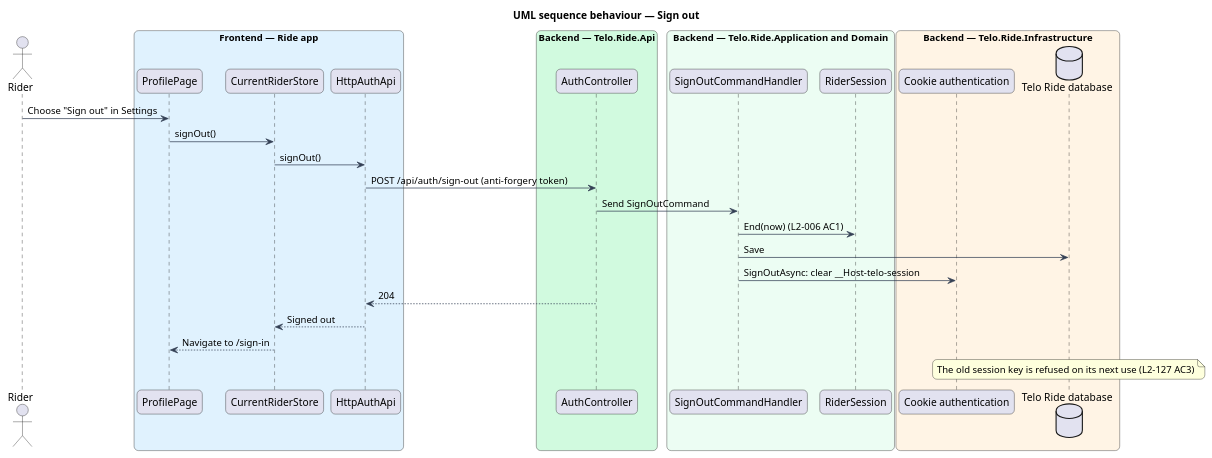
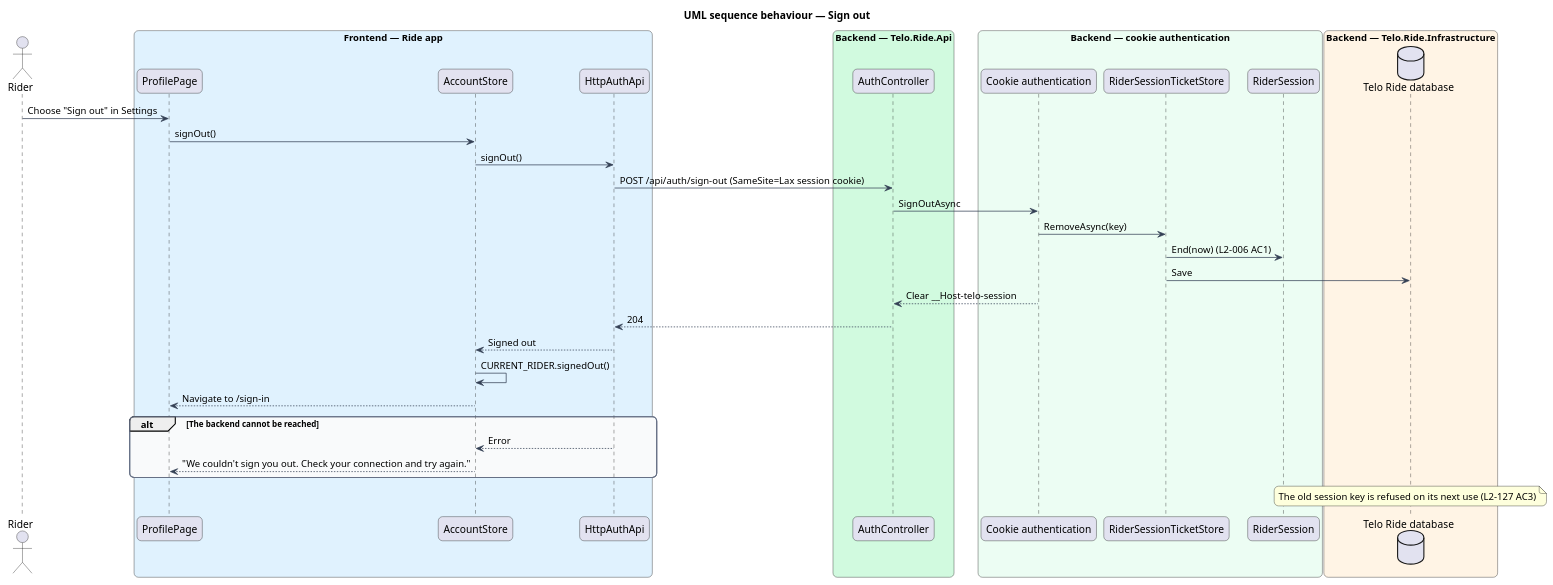
One commit to QuinntyneBrown/ride-one changed the diagram in docs/detailed-designs/accounts/sign-out-and-delete-an-account/diagrams/sequence-sign-out.puml. Above: the diagram before and after it, drawn with PlantUML. The commit also changed 31 other files, not shown here.

First line of the commit message:
Draw and specify signing out and deleting an account

```diff
--- a/docs/detailed-designs/accounts/sign-out-and-delete-an-account/diagrams/sequence-sign-out.puml
+++ b/docs/detailed-designs/accounts/sign-out-and-delete-an-account/diagrams/sequence-sign-out.puml
@@ -1,46 +1,52 @@
 @startuml
 title UML sequence behaviour — Sign out
 skinparam backgroundColor #FFFFFF
 skinparam shadowing false
 skinparam roundcorner 12
 skinparam defaultFontName Arial
 skinparam ArrowColor #344054
 skinparam rectangle {
   BorderColor #344054
   FontColor #101828
 }
 skinparam package {
   BorderColor #667085
   FontColor #101828
   BackgroundColor #F9FAFB
 }
 actor "Rider" as actor
 box "Frontend — Ride app" #E0F2FE
   participant "ProfilePage" as page
-  participant "CurrentRiderStore" as current
+  participant "AccountStore" as current
   participant "HttpAuthApi" as client
 end box
 box "Backend — Telo.Ride.Api" #D1FADF
   participant "AuthController" as ctrl
 end box
-box "Backend — Telo.Ride.Application and Domain" #ECFDF3
-  participant "SignOutCommandHandler" as handler
+box "Backend — cookie authentication" #ECFDF3
+  participant "Cookie authentication" as cookie
+  participant "RiderSessionTicketStore" as tickets
   participant "RiderSession" as session
 end box
 box "Backend — Telo.Ride.Infrastructure" #FFF4E5
-  participant "Cookie authentication" as cookie
   database "Telo Ride database" as db
 end box
 actor -> page : Choose "Sign out" in Settings
 page -> current : signOut()
 current -> client : signOut()
-client -> ctrl : POST /api/auth/sign-out (anti-forgery token)
-ctrl -> handler : Send SignOutCommand
-handler -> session : End(now) (L2-006 AC1)
-handler -> db : Save
-handler -> cookie : SignOutAsync: clear __Host-telo-session
+client -> ctrl : POST /api/auth/sign-out (SameSite=Lax session cookie)
+ctrl -> cookie : SignOutAsync
+cookie -> tickets : RemoveAsync(key)
+tickets -> session : End(now) (L2-006 AC1)
+tickets -> db : Save
+cookie --> ctrl : Clear __Host-telo-session
 ctrl --> client : 204
 client --> current : Signed out
+current -> current : CURRENT_RIDER.signedOut()
 current --> page : Navigate to /sign-in
+alt The backend cannot be reached
+  client --> current : Error
+  current --> page : "We couldn't sign you out. Check your connection and try again."
+end
 note over db : The old session key is refused on its next use (L2-127 AC3)
 @enduml
```
